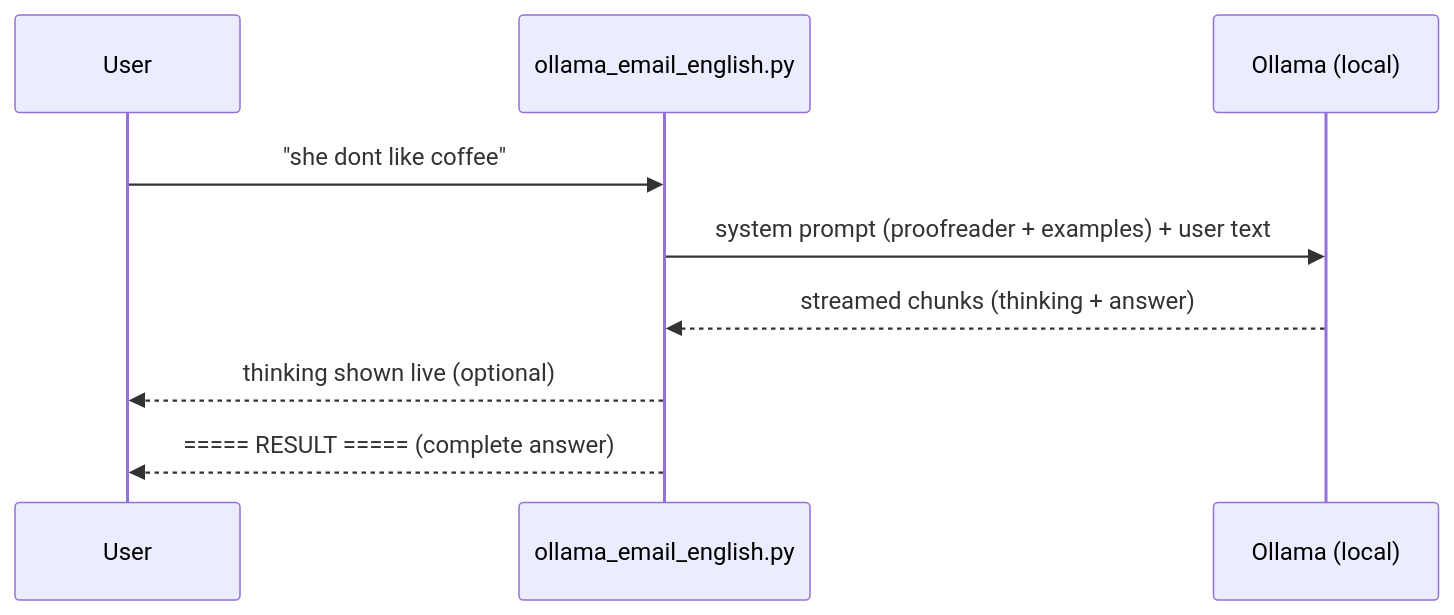
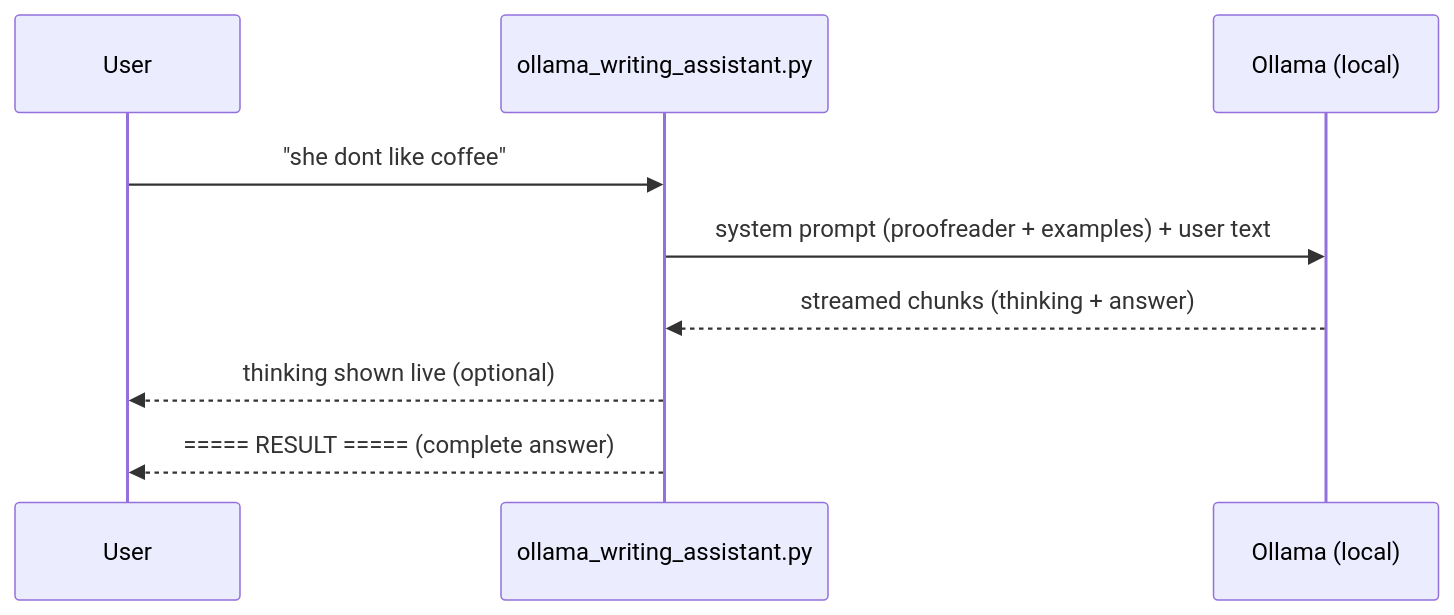
One commit to rizwannazir333/ollama-writing-assistant changed the diagram in README.md. Above: the diagram before and after it, drawn with Mermaid. The commit also changed other lines of this file and 2 other files, not shown here.

First line of the commit message:
Rename project to ollama-writing-assistant

````diff
--- a/README.md
+++ b/README.md
@@ -52,11 +52,11 @@
 ```mermaid
 sequenceDiagram
     participant U as User
-    participant A as ollama_email_english.py
+    participant A as ollama_writing_assistant.py
     participant O as Ollama (local)
     U->>A: "she dont like coffee"
     A->>O: system prompt (proofreader + examples) + user text
     O-->>A: streamed chunks (thinking + answer)
     A-->>U: thinking shown live (optional)
     A-->>U: ===== RESULT ===== (complete answer)
 ```
````
